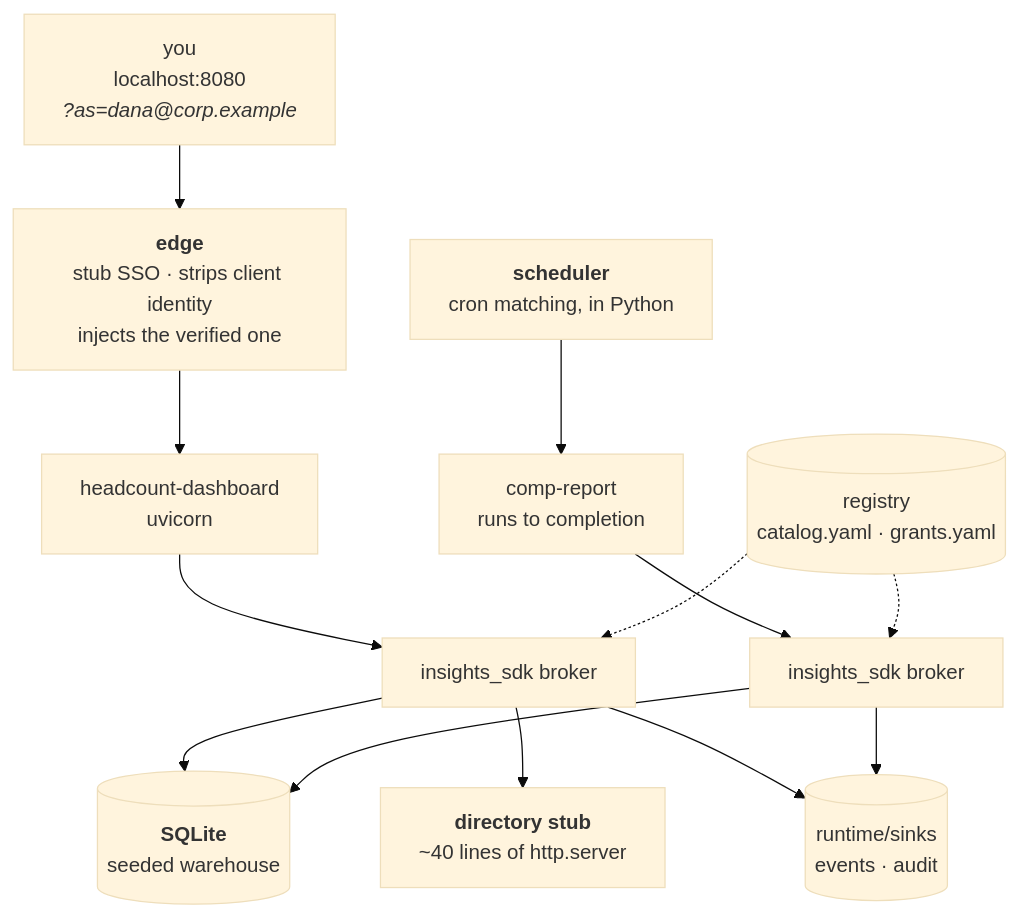
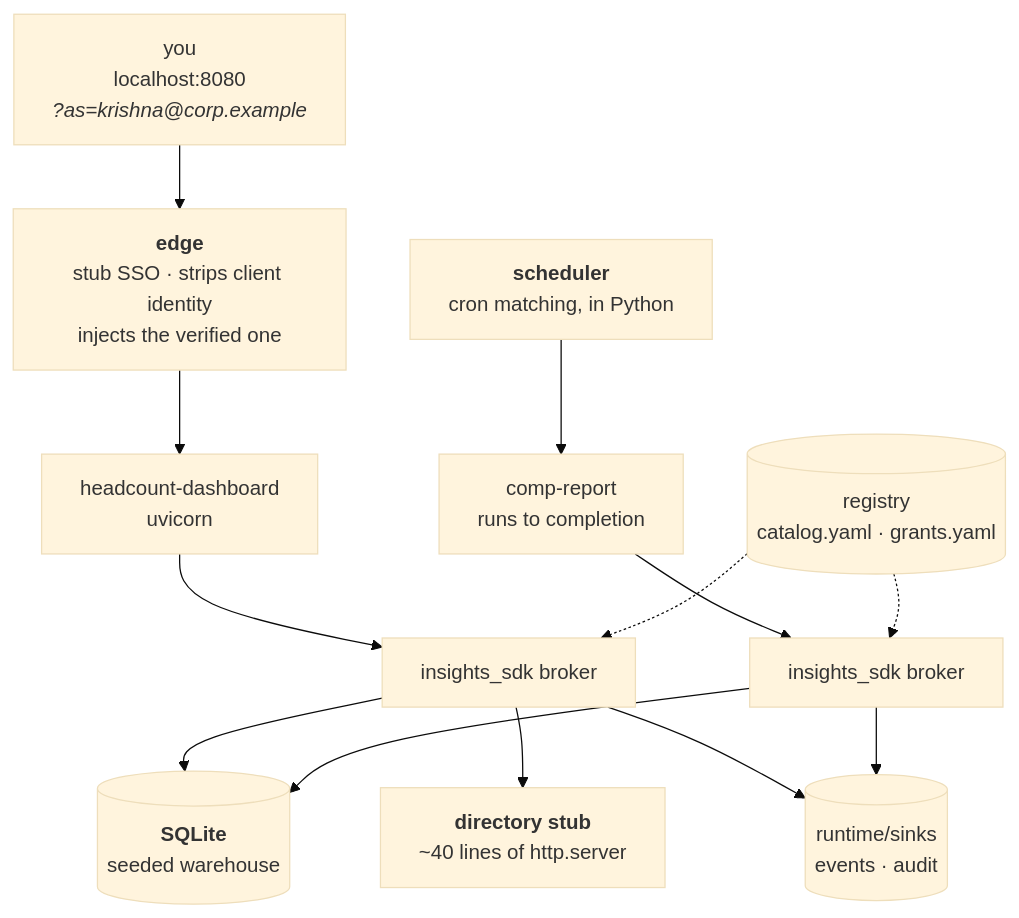
Before and after one commit to KRISHNABR/insights-platform: the seventh of 8 diagrams in docs/ARCHITECTURE.md, drawn with Mermaid (base theme). The commit also changed other lines of this file and 10 other files, not shown here.

First line of the commit message:
Rename the demo user Dana Okafor to Krishna Murari

````diff
--- a/docs/ARCHITECTURE.md
+++ b/docs/ARCHITECTURE.md
@@ -603,15 +603,15 @@
 ```mermaid
 flowchart TB
-  DEV["you<br/>localhost:8080<br/><i>?as=dana@corp.example</i>"] --> EDGE["<b>edge</b><br/>stub SSO · strips client identity<br/>injects the verified one"]
+  DEV["you<br/>localhost:8080<br/><i>?as=krishna@corp.example</i>"] --> EDGE["<b>edge</b><br/>stub SSO · strips client identity<br/>injects the verified one"]
   EDGE --> W["headcount-dashboard<br/>uvicorn"]
   SCH["<b>scheduler</b><br/>cron matching, in Python"] --> J["comp-report<br/>runs to completion"]
   W --> SDK1["insights_sdk broker"]
   J --> SDK2["insights_sdk broker"]
   SDK1 --> DB[("<b>SQLite</b><br/>seeded warehouse")]
   SDK2 --> DB
   SDK1 --> API["<b>directory stub</b><br/>~40 lines of http.server"]
   REG[("registry<br/>catalog.yaml · grants.yaml")] -.-> SDK1
   REG -.-> SDK2
   SDK1 --> SINK[("runtime/sinks<br/>events · audit")]
   SDK2 --> SINK
 ```
````
